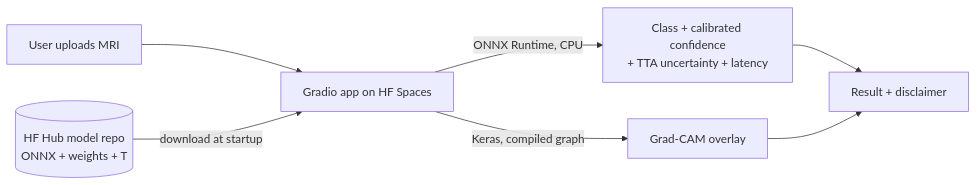
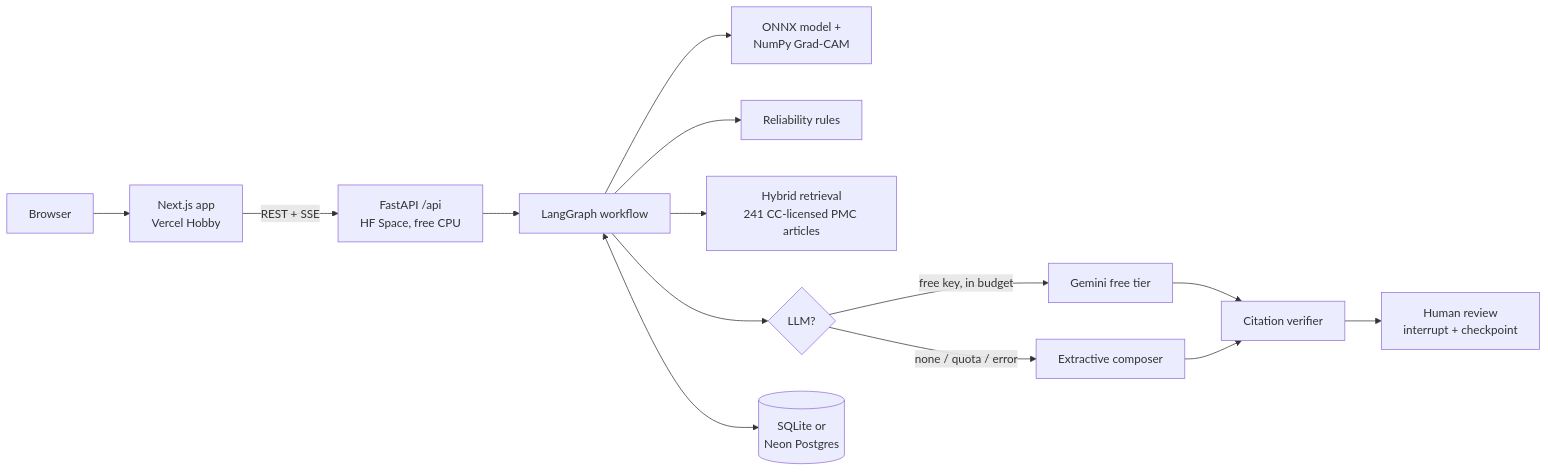
The diagram in README.md (Udit013/Brain_Tumor_Classificatioin), drawn with Mermaid before and after one commit. The commit also changed other lines of this file and 23 other files, not shown here.

````diff
--- a/README.md
+++ b/README.md
@@ -384,9 +36,16 @@
 ```mermaid
 flowchart LR
-    U[User uploads MRI] --> G[Gradio app on HF Spaces]
-    H[(HF Hub model repo<br/>ONNX + weights + T)] -->|download at startup| G
-    G -->|ONNX Runtime, CPU| P[Class + calibrated confidence<br/>+ TTA uncertainty + latency]
-    G -->|Keras, compiled graph| C[Grad-CAM overlay]
-    P --> O[Result + disclaimer]
-    C --> O
+    B[Browser] --> W[Next.js app<br/>Vercel Hobby]
+    W -- REST + SSE --> A[FastAPI /api<br/>HF Space, free CPU]
+    A --> G[LangGraph workflow]
+    G --> V[ONNX model +<br/>NumPy Grad-CAM]
+    G --> R[Reliability rules]
+    G --> Q[Hybrid retrieval<br/>241 CC-licensed PMC articles]
+    G --> L{LLM?}
+    L -- free key, in budget --> GM[Gemini free tier]
+    L -- none / quota / error --> X[Extractive composer]
+    GM --> VF[Citation verifier]
+    X --> VF
+    VF --> H[Human review<br/>interrupt + checkpoint]
+    G <--> DB[(SQLite or<br/>Neon Postgres)]
 ```
````
